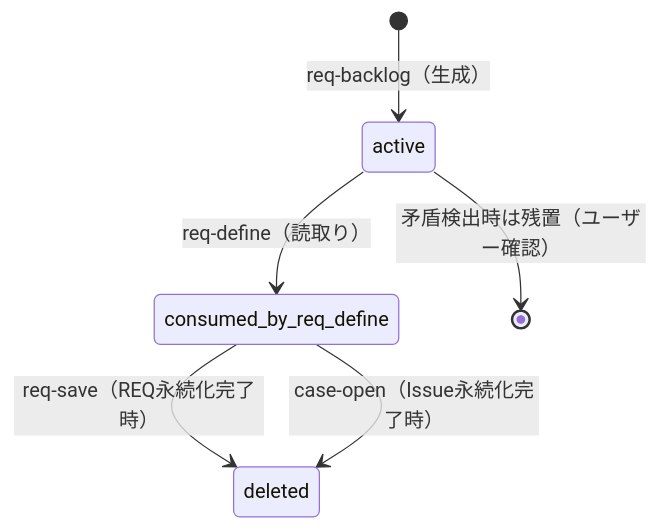
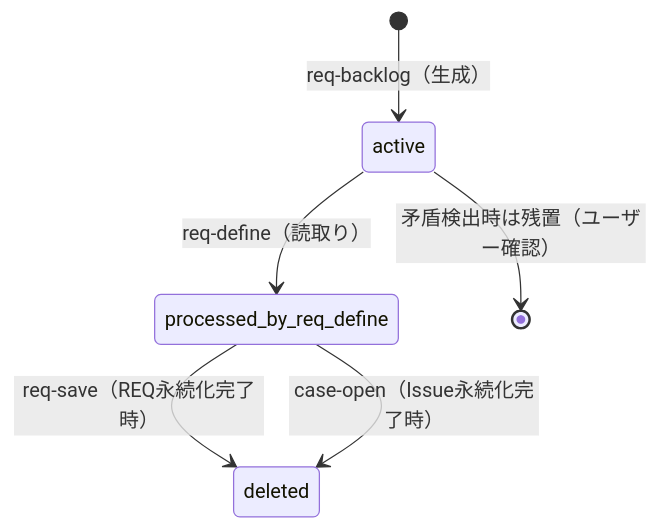
The fourth of 6 diagrams in docs/guides/domain-state-lifecycle.md (yogata/agent-dev-flow), drawn with Mermaid before and after one commit. The commit also changed other lines of this file and 4 other files, not shown here.

````diff
--- a/docs/guides/domain-state-lifecycle.md
+++ b/docs/guides/domain-state-lifecycle.md
@@ -202,8 +202,8 @@
 ```mermaid
 stateDiagram-v2
     [*] --> active: req-backlog（生成）
-    active --> consumed_by_req_define: req-define（読取り）
-    consumed_by_req_define --> deleted: req-save（REQ永続化完了時）
-    consumed_by_req_define --> deleted: case-open（Issue永続化完了時）
+    active --> processed_by_req_define: req-define（読取り）
+    processed_by_req_define --> deleted: req-save（REQ永続化完了時）
+    processed_by_req_define --> deleted: case-open（Issue永続化完了時）
     active --> [*]: 矛盾検出時は残置（ユーザー確認）
 ```
````
